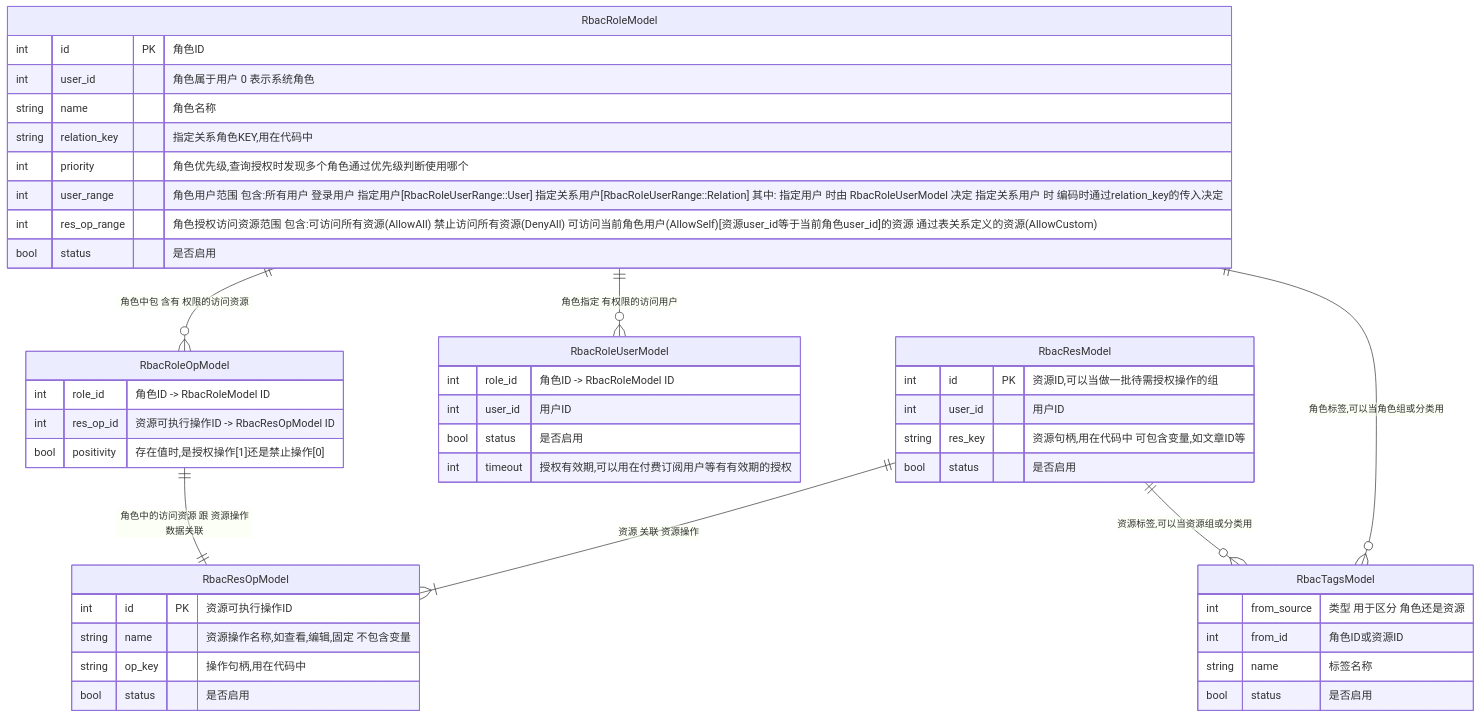
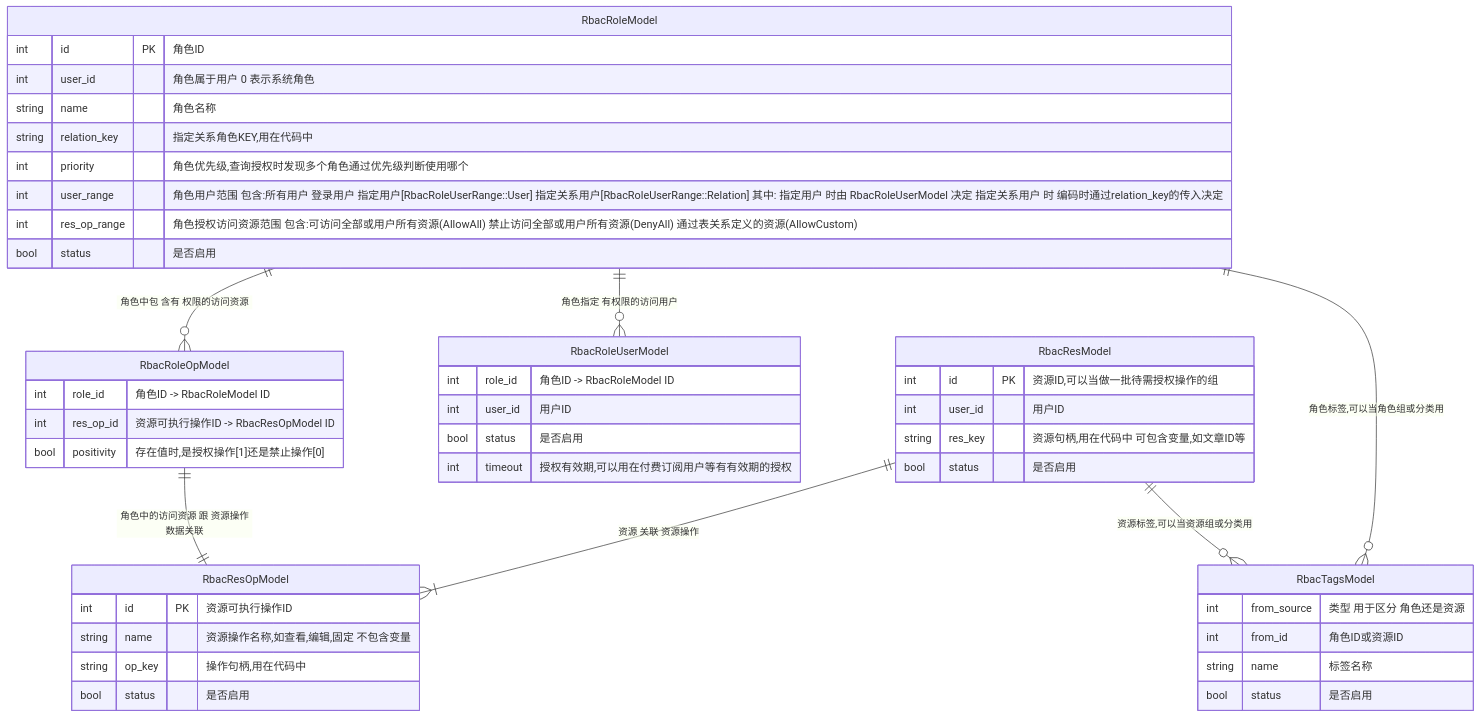
Before and after one commit to shanliu/lsys: the fourth of 4 diagrams in server/lsys-rbac/README.md, drawn with Mermaid. The commit also changed other lines of this file and 4 other files, not shown here.

````diff
--- a/server/lsys-rbac/README.md
+++ b/server/lsys-rbac/README.md
@@ -322,48 +344,48 @@
 ```mermaid
 erDiagram
     RbacResModel ||--|{ RbacResOpModel : "资源 关联 资源操作"
     RbacResModel{
         int id PK "资源ID,可以当做一批待需授权操作的组"
         int user_id "用户ID"
         string res_key "资源句柄,用在代码中 可包含变量,如文章ID等"
         bool status "是否启用"
     }
     RbacResOpModel{
         int id PK "资源可执行操作ID"
         string name "资源操作名称,如查看,编辑,固定 不包含变量"
         string op_key "操作句柄,用在代码中"
         bool status "是否启用"
     }
     RbacRoleModel ||--o{ RbacRoleUserModel : "角色指定 有权限的访问用户"
     RbacRoleModel ||--o{ RbacRoleOpModel : "角色中包 含有 权限的访问资源"
     RbacRoleOpModel ||--|| RbacResOpModel : "角色中的访问资源 跟 资源操作数据关联"
     RbacRoleModel{
         int id PK "角色ID"
         int user_id "角色属于用户 0 表示系统角色"
         string name "角色名称"
         string relation_key "指定关系角色KEY,用在代码中"
         int priority "角色优先级,查询授权时发现多个角色通过优先级判断使用哪个"
         int user_range "角色用户范围 包含:所有用户 登录用户 指定用户[RbacRoleUserRange::User] 指定关系用户[RbacRoleUserRange::Relation] 其中: 指定用户 时由 RbacRoleUserModel 决定 指定关系用户 时 编码时通过relation_key的传入决定"
-        int res_op_range "角色授权访问资源范围 包含:可访问所有资源(AllowAll) 禁止访问所有资源(DenyAll) 可访问当前角色用户(AllowSelf)[资源user_id等于当前角色user_id]的资源 通过表关系定义的资源(AllowCustom)"
+        int res_op_range "角色授权访问资源范围 包含:可访问全部或用户所有资源(AllowAll) 禁止访问全部或用户所有资源(DenyAll) 通过表关系定义的资源(AllowCustom)"
         bool status "是否启用"
     }
     RbacRoleOpModel{
         int role_id "角色ID -> RbacRoleModel ID"
         int res_op_id "资源可执行操作ID -> RbacResOpModel ID"
         bool positivity "存在值时,是授权操作[1]还是禁止操作[0]"
     }
     RbacRoleUserModel{
         int role_id "角色ID -> RbacRoleModel ID"
         int user_id "用户ID"
         bool status "是否启用"
         int timeout "授权有效期,可以用在付费订阅用户等有有效期的授权"
     }
     RbacRoleModel ||--o{ RbacTagsModel :"角色标签,可以当角色组或分类用"
     RbacResModel ||--o{ RbacTagsModel :"资源标签,可以当资源组或分类用"
     RbacTagsModel{
         int from_source "类型 用于区分 角色还是资源"
         int from_id "角色ID或资源ID"
         string name "标签名称"
         bool status "是否启用"
     }
 ```
````
